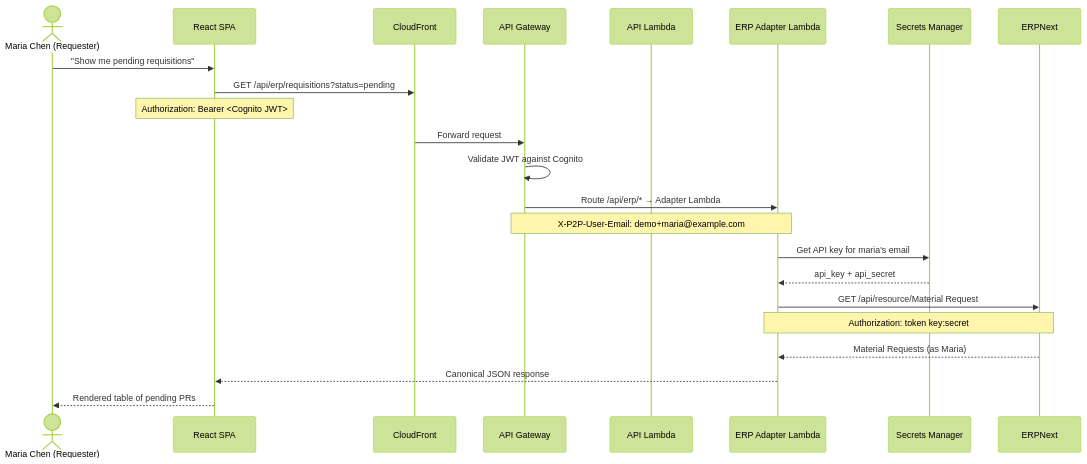
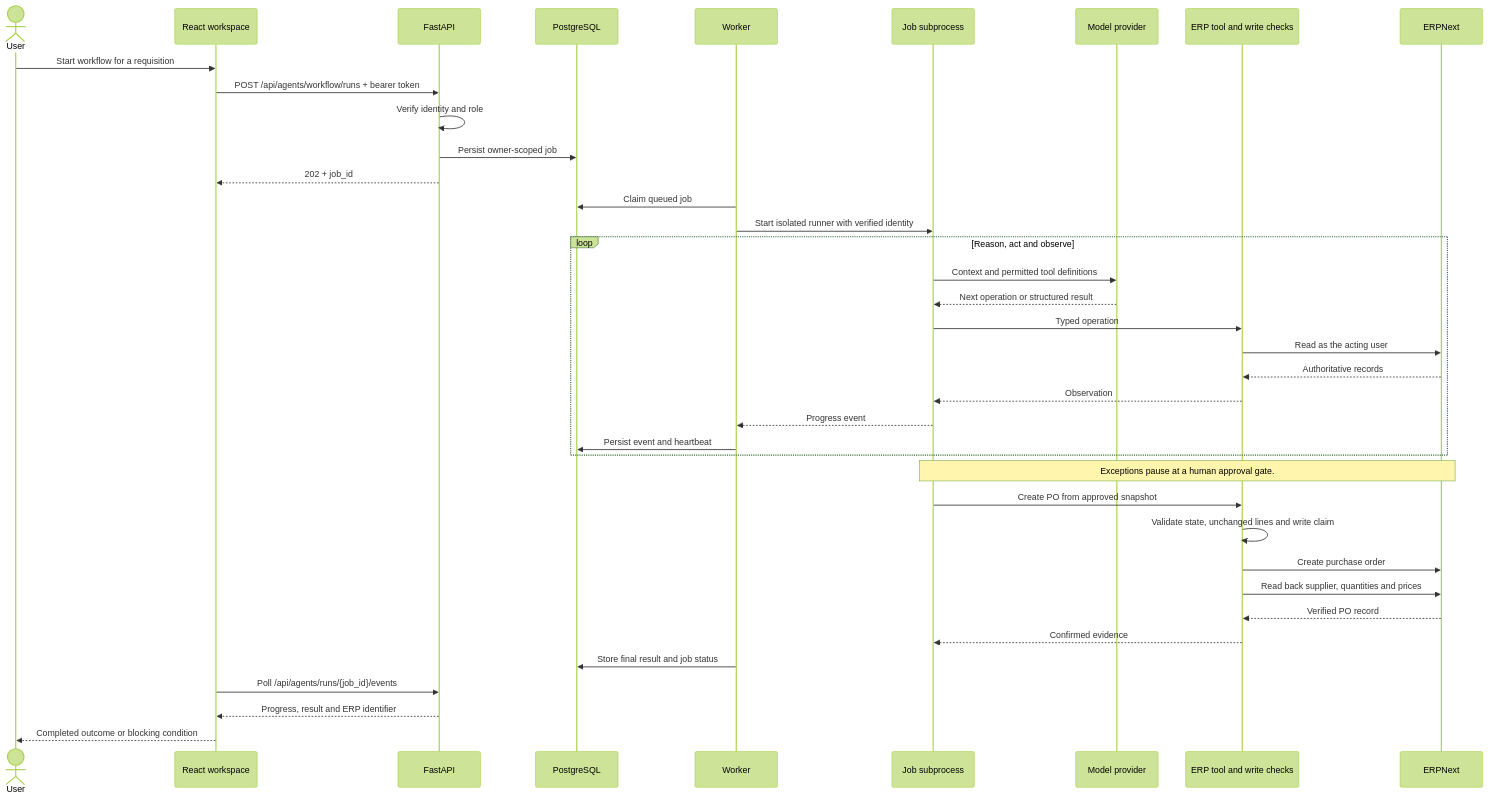
The first of 4 diagrams in docs/ARCHITECTURE.md (Darth-hub/CentrAlign-AI-FE), drawn with Mermaid (forest theme) before and after one commit. The commit also changed other lines of this file and 31 other files, not shown here.

First line of the commit message:
feat: present CentrAlign AI with visual architecture and capability docs

````diff
--- a/docs/ARCHITECTURE.md
+++ b/docs/ARCHITECTURE.md
@@ -131,26 +24,40 @@
 ```mermaid
 sequenceDiagram
-    actor User as Maria Chen (Requester)
-    participant FE as React SPA
-    participant CF as CloudFront
-    participant GW as API Gateway
-    participant API as API Lambda
-    participant Adapter as ERP Adapter Lambda
-    participant SM as Secrets Manager
+    actor User
+    participant UI as React workspace
+    participant API as FastAPI
+    participant SQL as PostgreSQL
+    participant Worker
+    participant Run as Job subprocess
+    participant LLM as Model provider
+    participant Tool as ERP tool and write checks
     participant ERP as ERPNext
-
-    User->>FE: "Show me pending requisitions"
-    FE->>CF: GET /api/erp/requisitions?status=pending
-    Note over FE: Authorization: Bearer <Cognito JWT>
-    CF->>GW: Forward request
-    GW->>GW: Validate JWT against Cognito
-    GW->>Adapter: Route /api/erp/* → Adapter Lambda
-    Note over GW,Adapter: X-P2P-User-Email: demo+maria@example.com
-    Adapter->>SM: Get API key for maria's email
-    SM-->>Adapter: api_key + api_secret
-    Adapter->>ERP: GET /api/resource/Material Request
-    Note over Adapter,ERP: Authorization: token key:secret
-    ERP-->>Adapter: Material Requests (as Maria)
-    Adapter-->>FE: Canonical JSON response
-    FE-->>User: Rendered table of pending PRs
+    User->>UI: Start workflow for a requisition
+    UI->>API: POST /api/agents/workflow/runs + bearer token
+    API->>API: Verify identity and role
+    API->>SQL: Persist owner-scoped job
+    API-->>UI: 202 + job_id
+    Worker->>SQL: Claim queued job
+    Worker->>Run: Start isolated runner with verified identity
+    loop Reason, act and observe
+        Run->>LLM: Context and permitted tool definitions
+        LLM-->>Run: Next operation or structured result
+        Run->>Tool: Typed operation
+        Tool->>ERP: Read as the acting user
+        ERP-->>Tool: Authoritative records
+        Tool-->>Run: Observation
+        Run-->>Worker: Progress event
+        Worker->>SQL: Persist event and heartbeat
+    end
+    Note over Run,ERP: Exceptions pause at a human approval gate.
+    Run->>Tool: Create PO from approved snapshot
+    Tool->>Tool: Validate state, unchanged lines and write claim
+    Tool->>ERP: Create purchase order
+    Tool->>ERP: Read back supplier, quantities and prices
+    ERP-->>Tool: Verified PO record
+    Tool-->>Run: Confirmed evidence
+    Worker->>SQL: Store final result and job status
+    UI->>API: Poll /api/agents/runs/{job_id}/events
+    API-->>UI: Progress, result and ERP identifier
+    UI-->>User: Completed outcome or blocking condition
 ```
````
